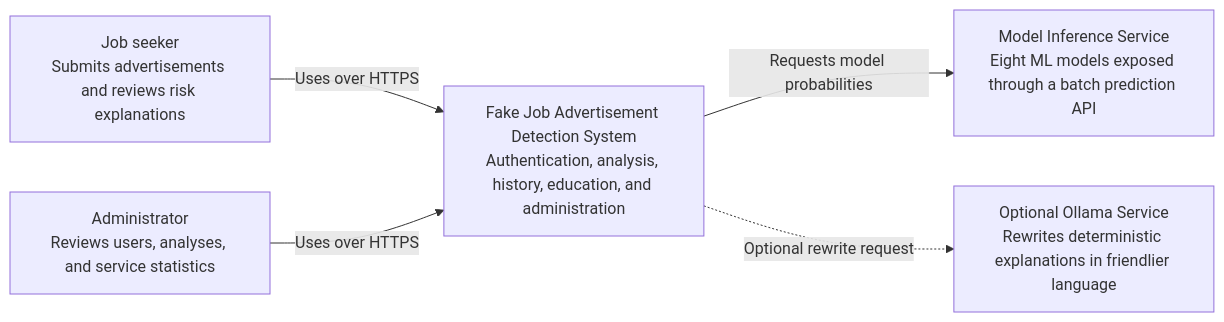
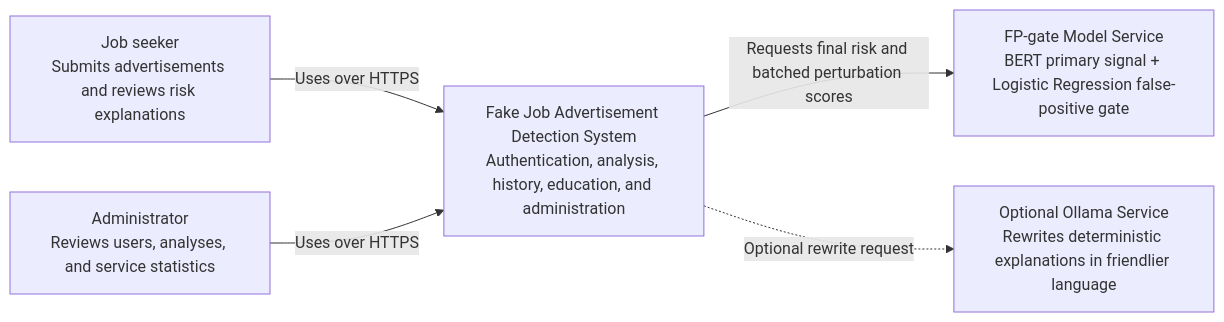
Before and after one commit to XinXie70/recruitment-fraud-detection-platform: the diagram in docs/architecture/system-context.md, drawn with Mermaid. The commit also changed 10 other files, not shown here.

Commit message:
harden quality gates and align architecture docs

````diff
--- a/docs/architecture/system-context.md
+++ b/docs/architecture/system-context.md
@@ -6,15 +6,15 @@
 ```mermaid
 flowchart LR
     user["Job seeker<br/>Submits advertisements and reviews risk explanations"]
     admin["Administrator<br/>Reviews users, analyses, and service statistics"]
 
     system["Fake Job Advertisement Detection System<br/>Authentication, analysis, history, education, and administration"]
 
-    model["Model Inference Service<br/>Eight ML models exposed through a batch prediction API"]
+    model["FP-gate Model Service<br/>BERT primary signal + Logistic Regression false-positive gate"]
     ollama["Optional Ollama Service<br/>Rewrites deterministic explanations in friendlier language"]
 
     user -->|"Uses over HTTPS"| system
     admin -->|"Uses over HTTPS"| system
-    system -->|"Requests model probabilities"| model
+    system -->|"Requests final risk and batched perturbation scores"| model
     system -.->|"Optional rewrite request"| ollama
 ```
````
